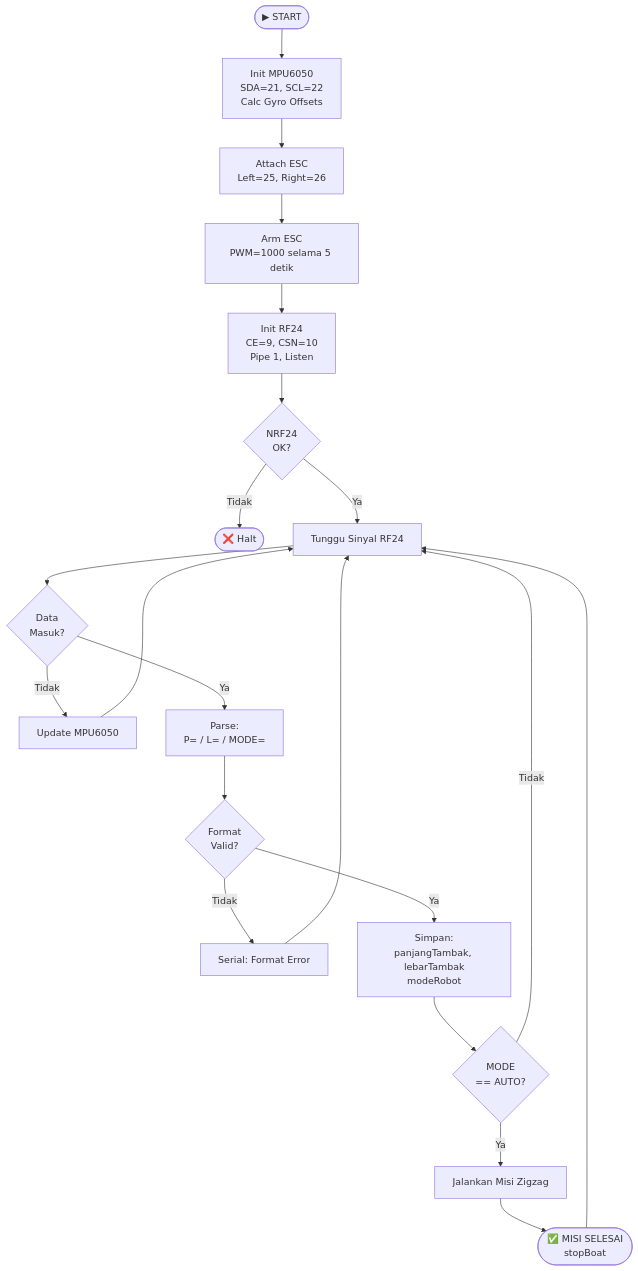
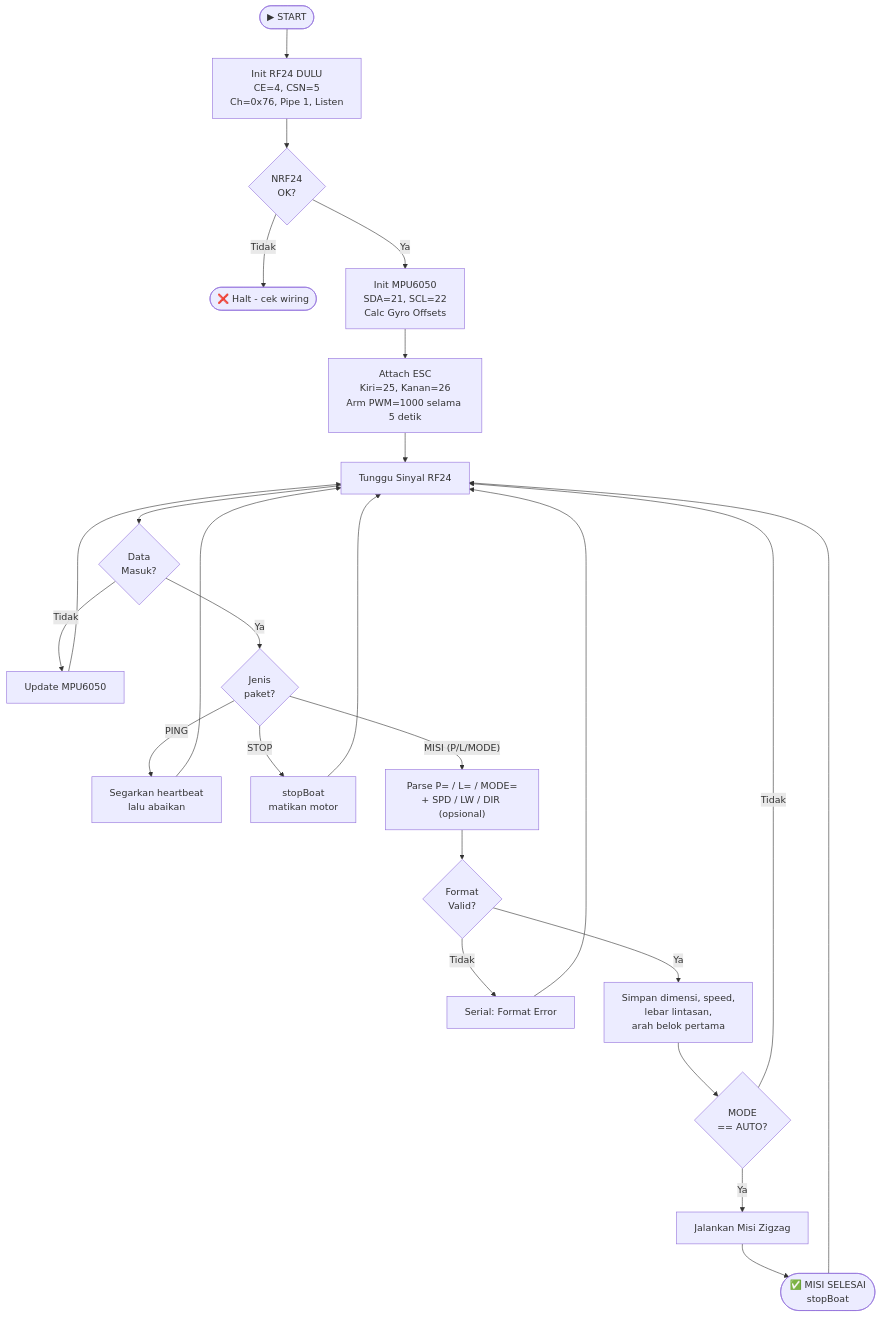
Before and after one commit to Xhorn7/Skripsi-PENGEMBANGAN-ROBOT-AKUATIK-UNTUK-FEEDER-OTOMATIS-DI-TAMBAK: the third of 6 diagrams in flowchart.md, drawn with Mermaid. The commit also changed other lines of this file and 10 other files, not shown here.

Commit message:
Update readme, flowchart documentation

````diff
--- a/flowchart.md
+++ b/flowchart.md
@@ -52,26 +61,31 @@
 ```mermaid
 flowchart TD
-    START([▶ START]) --> INITMPU[Init MPU6050\nSDA=21, SCL=22\nCalc Gyro Offsets]
-    INITMPU --> INITESC[Attach ESC\nLeft=25, Right=26]
-    INITESC --> ARM[Arm ESC\nPWM=1000 selama 5 detik]
-    ARM --> INITRF[Init RF24\nCE=9, CSN=10\nPipe 1, Listen]
-    INITRF --> CHECK{NRF24\nOK?}
-    CHECK -- Tidak --> HALT([❌ Halt])
-    CHECK -- Ya --> LISTEN[Tunggu Sinyal RF24]
+    START([▶ START]) --> INITRF["Init RF24 DULU<br/>CE=4, CSN=5<br/>Ch=0x76, Pipe 1, Listen"]
+    INITRF --> CHECK{NRF24<br/>OK?}
+    CHECK -- Tidak --> HALT([❌ Halt - cek wiring])
+    CHECK -- Ya --> INITMPU["Init MPU6050<br/>SDA=21, SCL=22<br/>Calc Gyro Offsets"]
+    INITMPU --> INITESC["Attach ESC<br/>Kiri=25, Kanan=26<br/>Arm PWM=1000 selama 5 detik"]
+    INITESC --> LISTEN[Tunggu Sinyal RF24]
 
-    LISTEN --> RF24{Data\nMasuk?}
+    LISTEN --> RF24{Data<br/>Masuk?}
     RF24 -- Tidak --> UPDATEMPU[Update MPU6050]
     UPDATEMPU --> LISTEN
 
-    RF24 -- Ya --> PARSE[Parse:\nP= / L= / MODE=]
-    PARSE --> VALID{Format\nValid?}
+    RF24 -- Ya --> PKT{Jenis<br/>paket?}
+    PKT -- PING --> HBEAT[Segarkan heartbeat<br/>lalu abaikan]
+    HBEAT --> LISTEN
+    PKT -- STOP --> STOPM[stopBoat<br/>matikan motor]
+    STOPM --> LISTEN
+
+    PKT -- "MISI (P/L/MODE)" --> PARSE["Parse P= / L= / MODE=<br/>+ SPD / LW / DIR (opsional)"]
+    PARSE --> VALID{Format<br/>Valid?}
     VALID -- Tidak --> ERRMSG[Serial: Format Error]
     ERRMSG --> LISTEN
 
-    VALID -- Ya --> STORE[Simpan:\npanjangTambak, lebarTambak\nmodeRobot]
-    STORE --> MODECHECK{MODE\n== AUTO?}
+    VALID -- Ya --> STORE["Simpan dimensi, speed,<br/>lebar lintasan,<br/>arah belok pertama"]
+    STORE --> MODECHECK{MODE<br/>== AUTO?}
     MODECHECK -- Tidak --> LISTEN
     MODECHECK -- Ya --> MISI[Jalankan Misi Zigzag]
-    MISI --> DONE([✅ MISI SELESAI\nstopBoat])
+    MISI --> DONE([✅ MISI SELESAI<br/>stopBoat])
     DONE --> LISTEN
 ```
````
